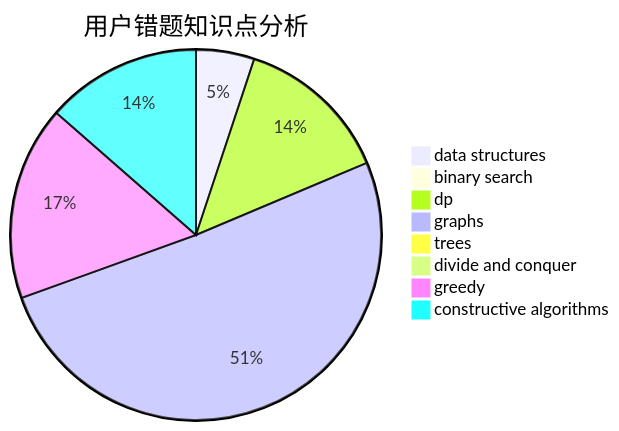
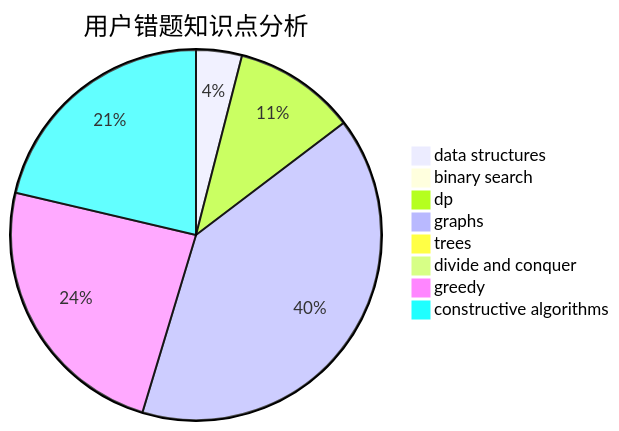
One commit to sherpahu/cfrs.github.io changed the third of 3 diagrams in docs/user/u49.md. Above: the diagram before and after it, drawn with Mermaid. The commit also changed other lines of this file and 2770 other files, not shown here.

````diff
--- a/docs/user/u49.md
+++ b/docs/user/u49.md
@@ -36,11 +36,11 @@
 ```mermaid
 pie title 用户错题知识点分析
     "data structures" :  3
     "binary search" :  0
     "dp" :  8
     "graphs" :  30
     "trees" :  0
     "divide and conquer" :  0
-    "greedy" :  10
-    "constructive algorithms" :  8
+    "greedy" :  18
+    "constructive algorithms" :  16
 ```
````
